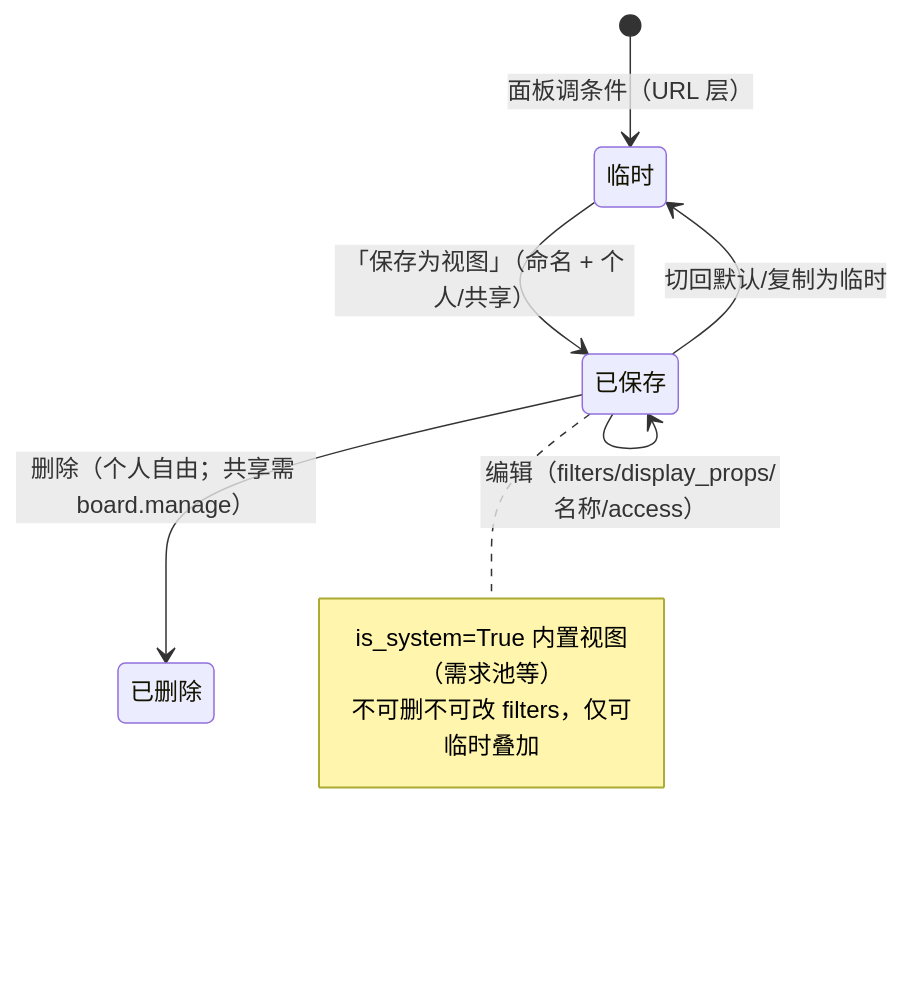
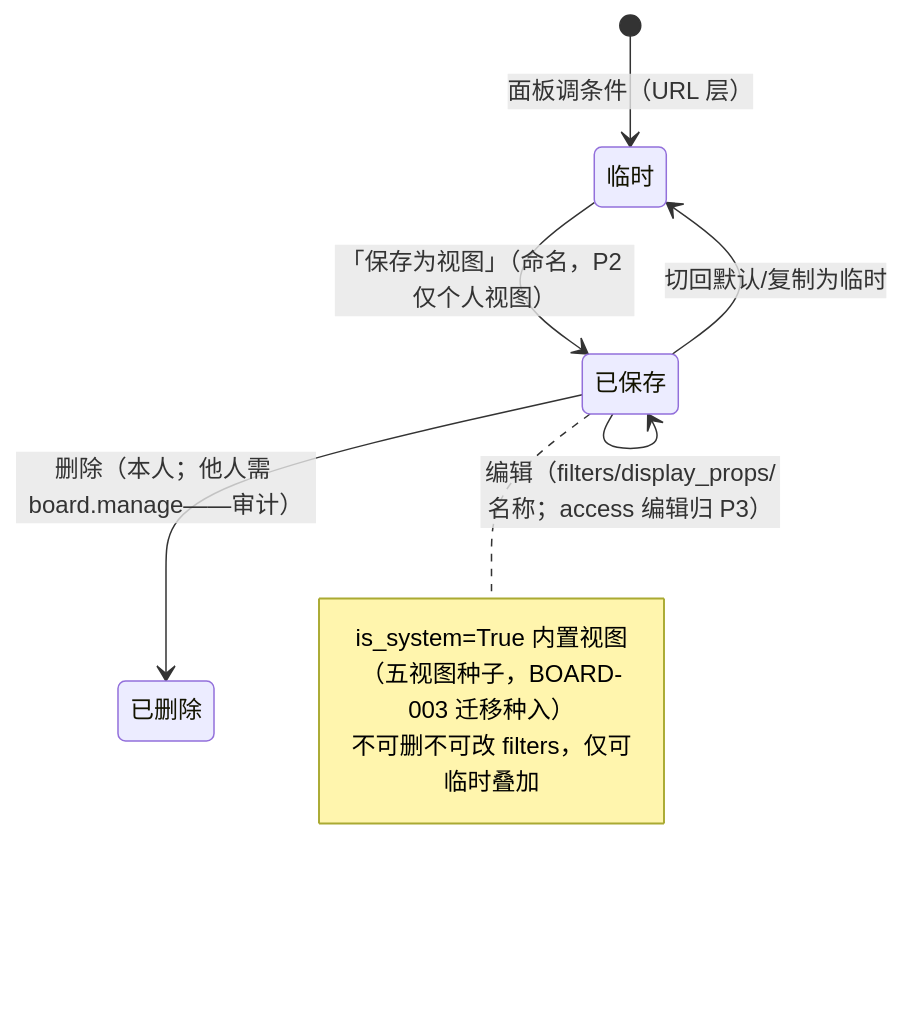
The third of 3 diagrams in docs/sprint-3-views-collab/TASK-011-advanced-filter.md (RabbitAI-Lab/RabbitProjects), drawn with Mermaid before and after one commit. The commit also changed other lines of this file and 1 other file, not shown here.

First line of the commit message:
docs(sprint-3): BOARD-003/TASK-011 评审修复落库（上会话中断遗留）

````diff
--- a/docs/sprint-3-views-collab/TASK-011-advanced-filter.md
+++ b/docs/sprint-3-views-collab/TASK-011-advanced-filter.md
@@ -148,12 +154,12 @@
 ```mermaid
 stateDiagram-v2
     [*] --> 临时: 面板调条件（URL 层）
-    临时 --> 已保存: 「保存为视图」（命名 + 个人/共享）
+    临时 --> 已保存: 「保存为视图」（命名，P2 仅个人视图）
     已保存 --> 临时: 切回默认/复制为临时
-    已保存 --> 已保存: 编辑（filters/display_props/名称/access）
-    已保存 --> 已删除: 删除（个人自由；共享需 board.manage）
+    已保存 --> 已保存: 编辑（filters/display_props/名称；access 编辑归 P3）
+    已保存 --> 已删除: 删除（本人；他人需 board.manage——审计）
     note right of 已保存
-        is_system=True 内置视图（需求池等）
+        is_system=True 内置视图（五视图种子，BOARD-003 迁移种入）
         不可删不可改 filters，仅可临时叠加
     end note
 ```
````
